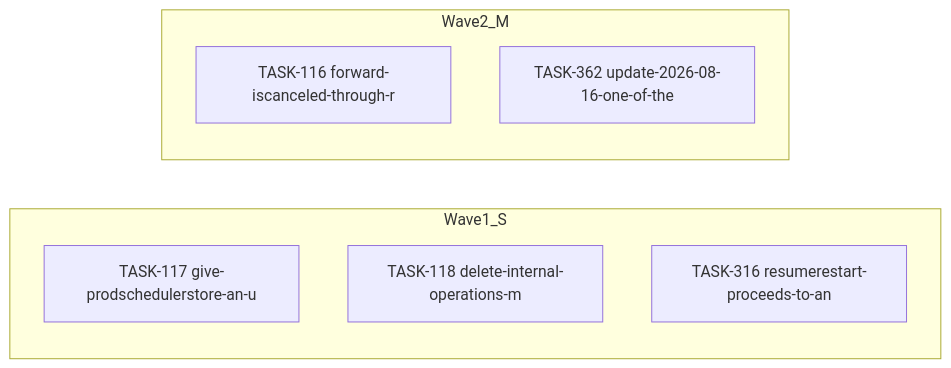
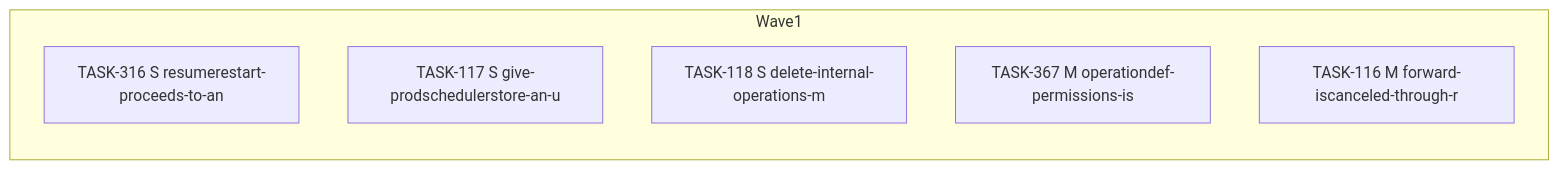
The diagram in docs/agent-tasks/todo-completion-2026-09/operations/orchestration.md (falkcorp/audiobook-organizer), drawn with Mermaid before and after one commit. The commit also changed other lines of this file and 270 other files, not shown here.

````diff
--- a/docs/agent-tasks/todo-completion-2026-09/operations/orchestration.md
+++ b/docs/agent-tasks/todo-completion-2026-09/operations/orchestration.md
@@ -10,12 +10,10 @@
 ```mermaid
 flowchart LR
-    subgraph Wave1_S
-      TASK117[TASK-117 give-prodschedulerstore-an-u]
-      TASK118[TASK-118 delete-internal-operations-m]
-      TASK316[TASK-316 resumerestart-proceeds-to-an]
-    end
-    subgraph Wave2_M
-      TASK116[TASK-116 forward-iscanceled-through-r]
-      TASK362[TASK-362 update-2026-08-16-one-of-the]
+    subgraph Wave1
+      TASK316[TASK-316 S resumerestart-proceeds-to-an]
+      TASK117[TASK-117 S give-prodschedulerstore-an-u]
+      TASK118[TASK-118 S delete-internal-operations-m]
+      TASK367[TASK-367 M operationdef-permissions-is]
+      TASK116[TASK-116 M forward-iscanceled-through-r]
     end
 ```
````
